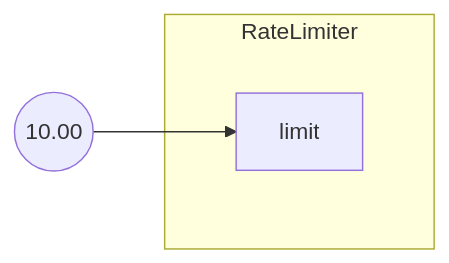
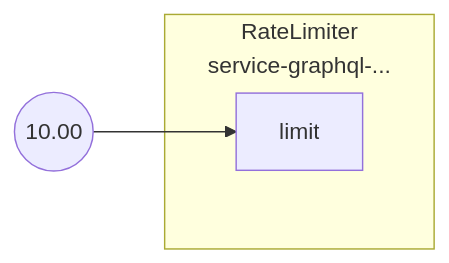
One commit to dataongunlaws/aperture changed the diagram in docs/content/tutorials/integrations/flow-control/classification/assets/graphql-rate-limiting/graphql-rate-limiting-jwt.mmd. Above: the diagram before and after it, drawn with Mermaid. The commit also changed 262 other files, not shown here.

```diff
--- a/docs/content/tutorials/integrations/flow-control/classification/assets/graphql-rate-limiting/graphql-rate-limiting-jwt.mmd
+++ b/docs/content/tutorials/integrations/flow-control/classification/assets/graphql-rate-limiting/graphql-rate-limiting-jwt.mmd
@@ -1,9 +1,9 @@
 flowchart LR
-subgraph 0[RateLimiter]
-subgraph 0_inports[ ]
-style 0_inports fill:none,stroke:none
-0limit[limit]
+subgraph root.0[<center>RateLimiter<br/>service-graphql-...</center>]
+subgraph root.0_inports[ ]
+style root.0_inports fill:none,stroke:none
+root.0limit[limit]
 end
 end
 FakeConstant0((10.00))
-FakeConstant0 --> 0limit
+FakeConstant0 --> root.0limit
```
